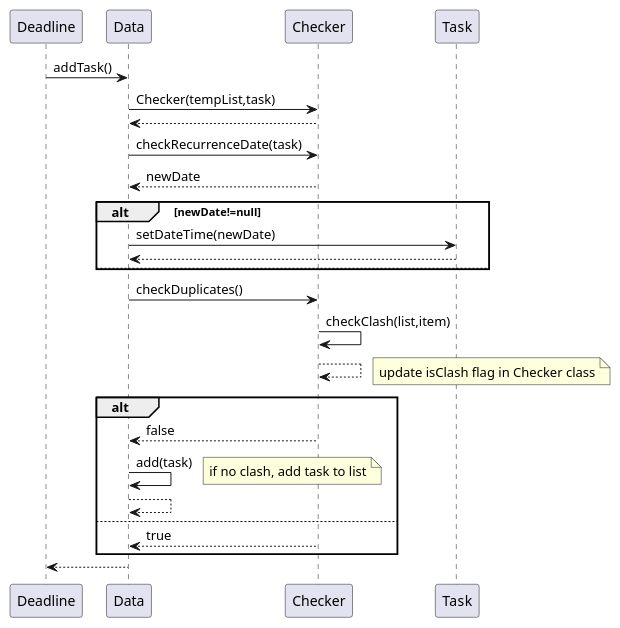
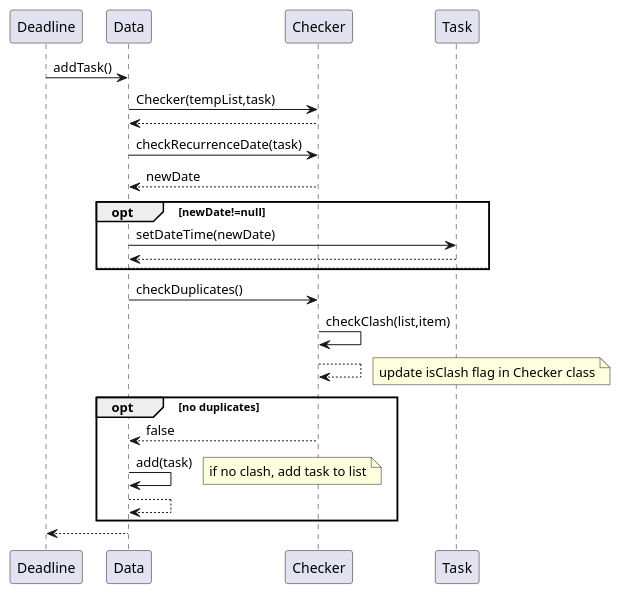
One commit to scjx123/tp changed the diagram in src/main/test.puml. Above: the diagram before and after it, drawn with PlantUML.

Commit message:
update uml

```diff
--- a/src/main/test.puml
+++ b/src/main/test.puml
@@ -1,29 +1,27 @@
 @startuml
 Deadline -> Data: addTask()
 Data -> Checker: Checker(tempList,task)
 Checker --> Data
 Data -> Checker:checkRecurrenceDate(task)
 Checker --> Data: newDate
-alt newDate!=null
+opt newDate!=null
 Data -> Task: setDateTime(newDate)
 Task -->Data
 else
 end
 Data -> Checker: checkDuplicates()
 Checker -> Checker:checkClash(list,item)
 Checker --> Checker
 note right: update isClash flag in Checker class
 
-alt
+opt no duplicates
 Checker --> Data: false
 Data ->Data: add(task)
 note right: if no clash, add task to list
 Data-->Data:
-else
-Checker -->Data: true
 end
 
 Data -->Deadline
 
 
 @enduml
```
